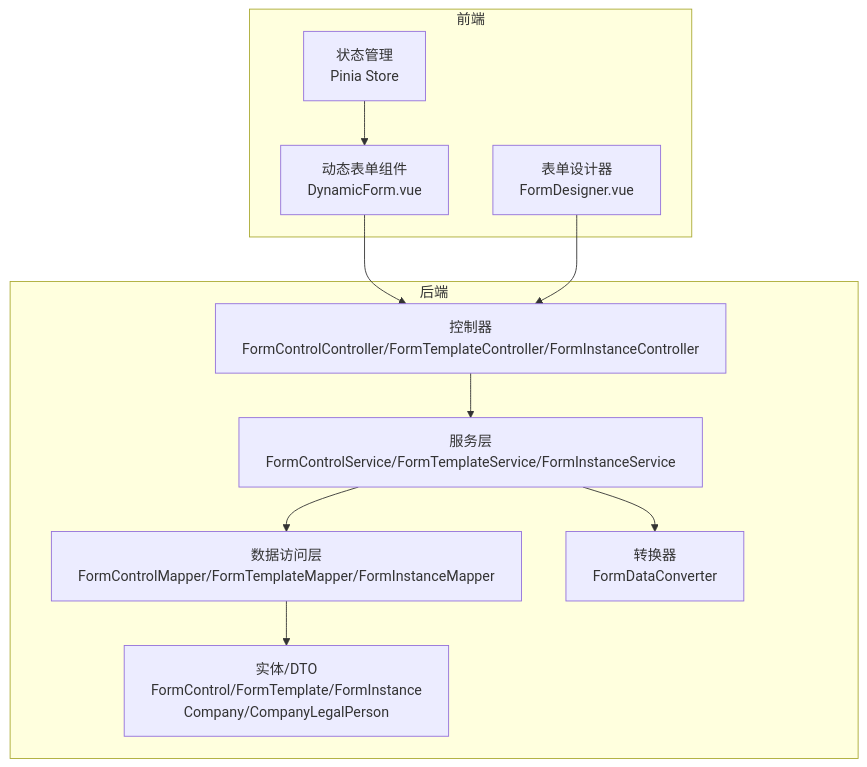
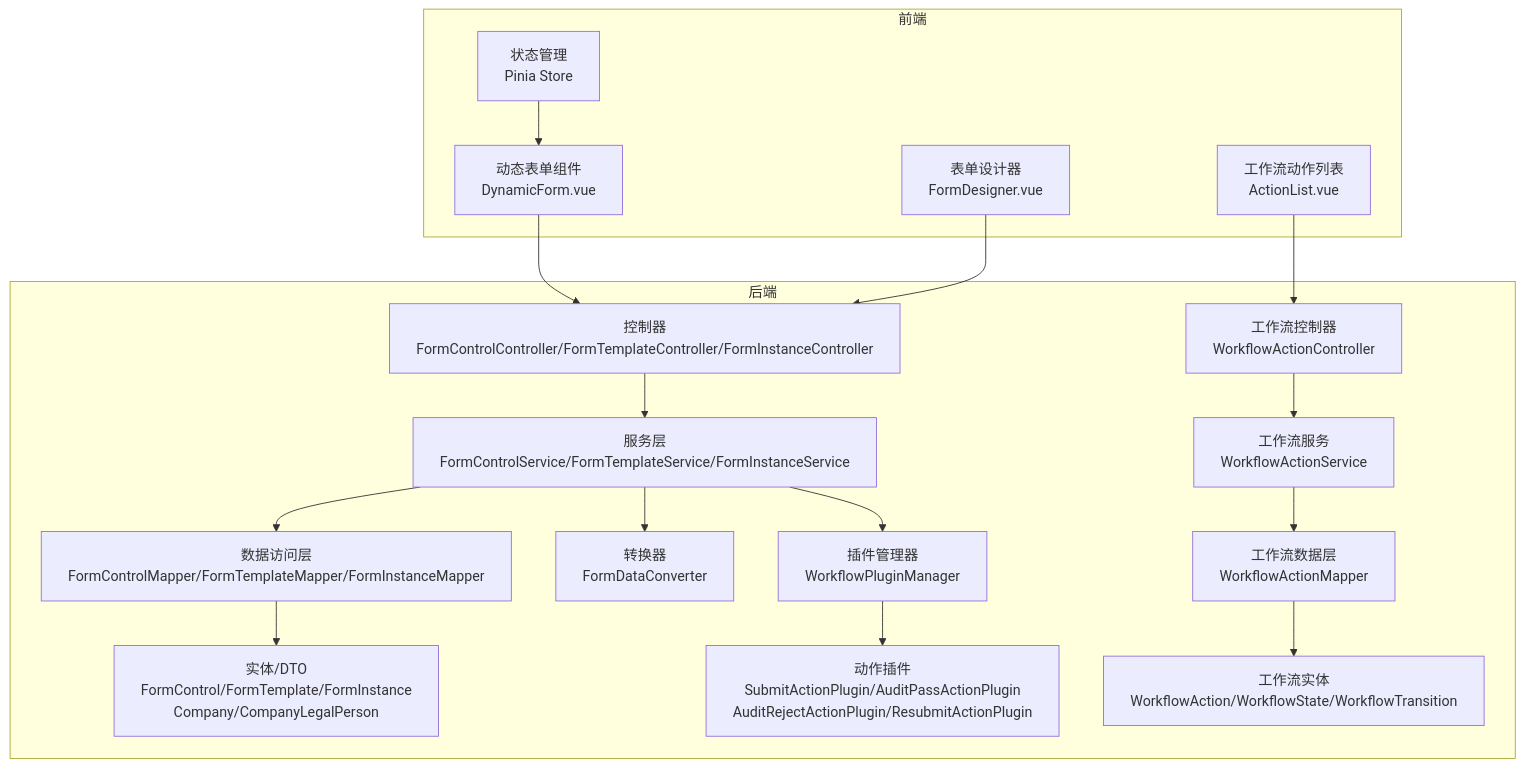
Before and after one commit to NJMrLi/genetics: the first of 8 diagrams in .qoder/repowiki/zh/content/核心业务逻辑/表单提交流程设计.md, drawn with Mermaid. The commit also changed other lines of this file and 19 other files, not shown here.

````diff
--- a/.qoder/repowiki/zh/content/核心业务逻辑/表单提交流程设计.md
+++ b/.qoder/repowiki/zh/content/核心业务逻辑/表单提交流程设计.md
@@ -32,22 +54,35 @@
 ```mermaid
 graph TB
 subgraph "后端"
 C1["控制器<br/>FormControlController/FormTemplateController/FormInstanceController"]
+C2["工作流控制器<br/>WorkflowActionController"]
 S1["服务层<br/>FormControlService/FormTemplateService/FormInstanceService"]
+S2["工作流服务<br/>WorkflowActionService"]
 M1["数据访问层<br/>FormControlMapper/FormTemplateMapper/FormInstanceMapper"]
+M2["工作流数据层<br/>WorkflowActionMapper"]
 E1["实体/DTO<br/>FormControl/FormTemplate/FormInstance<br/>Company/CompanyLegalPerson"]
+E2["工作流实体<br/>WorkflowAction/WorkflowState/WorkflowTransition"]
 X1["转换器<br/>FormDataConverter"]
+P1["插件管理器<br/>WorkflowPluginManager"]
+P2["动作插件<br/>SubmitActionPlugin/AuditPassActionPlugin<br/>AuditRejectActionPlugin/ResubmitActionPlugin"]
 end
 subgraph "前端"
 V1["动态表单组件<br/>DynamicForm.vue"]
 V2["表单设计器<br/>FormDesigner.vue"]
 V3["状态管理<br/>Pinia Store"]
+V4["工作流动作列表<br/>ActionList.vue"]
 end
 V1 --> C1
 V2 --> C1
+V4 --> C2
 V3 --> V1
 C1 --> S1
+C2 --> S2
 S1 --> M1
+S2 --> M2
 S1 --> X1
+S1 --> P1
+P1 --> P2
 M1 --> E1
+M2 --> E2
 ```
````
